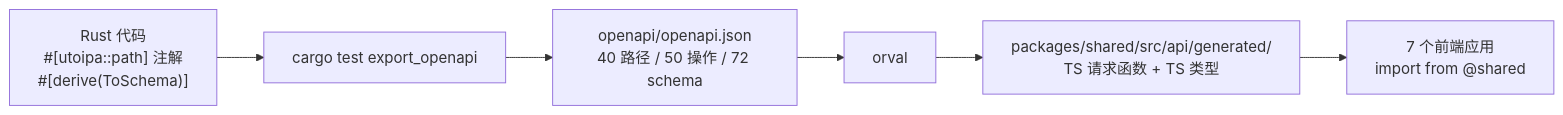
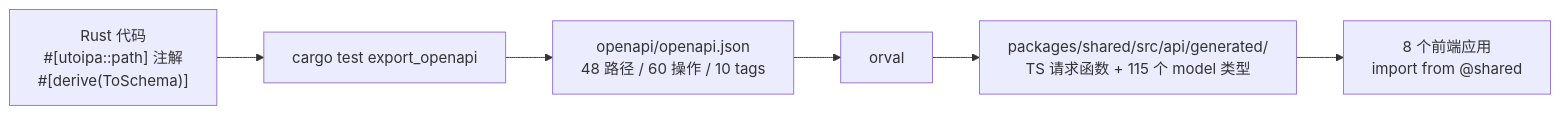
One commit to 3123958139/RustWeb-Vue changed the second of 17 diagrams in docs/tutorial/01-项目全景.md. Above: the diagram before and after it, drawn with Mermaid. The commit also changed other lines of this file and 8 other files, not shown here.

````diff
--- a/docs/tutorial/01-项目全景.md
+++ b/docs/tutorial/01-项目全景.md
@@ -103,8 +108,8 @@
 ```mermaid
 flowchart LR
     A["Rust 代码<br/>#[utoipa::path] 注解<br/>#[derive(ToSchema)]"] --> B[cargo test export_openapi]
-    B --> C[openapi/openapi.json<br/>40 路径 / 50 操作 / 72 schema]
+    B --> C[openapi/openapi.json<br/>48 路径 / 60 操作 / 10 tags]
     C --> D[orval]
-    D --> E[packages/shared/src/api/generated/<br/>TS 请求函数 + TS 类型]
-    E --> F[7 个前端应用<br/>import from @shared]
+    D --> E[packages/shared/src/api/generated/<br/>TS 请求函数 + 115 个 model 类型]
+    E --> F[8 个前端应用<br/>import from @shared]
 ```
````
